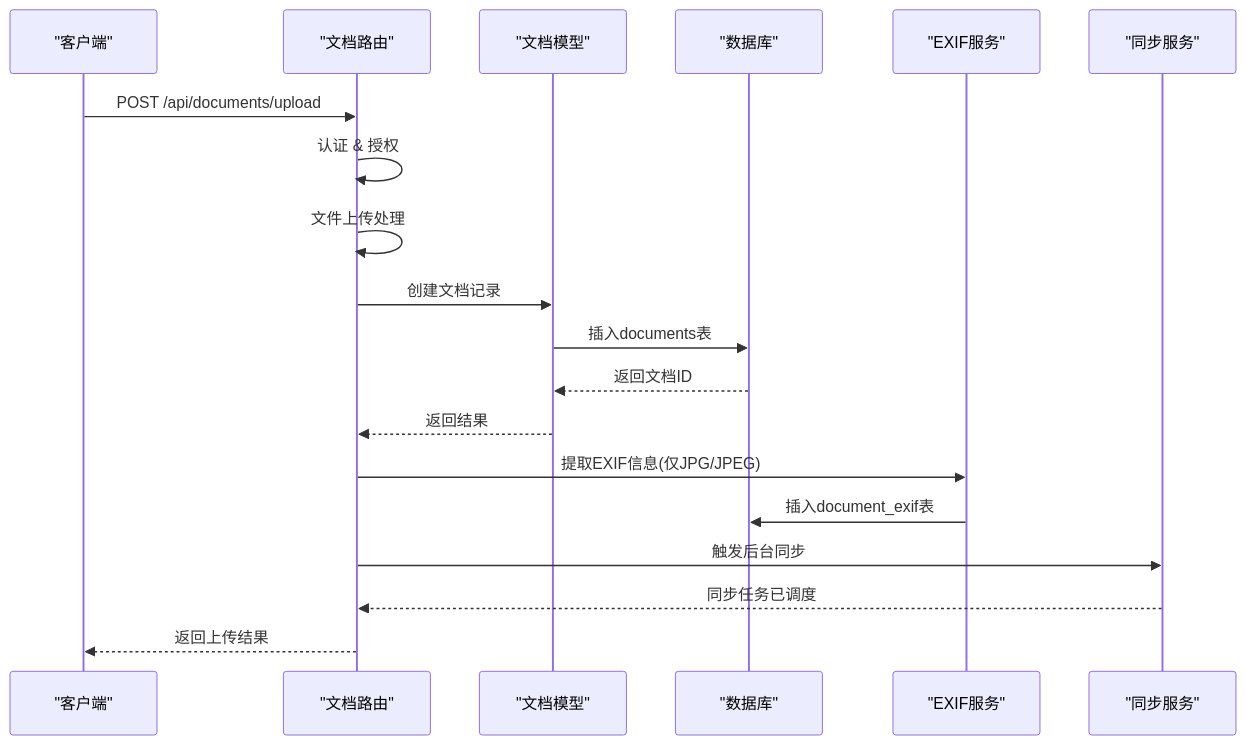
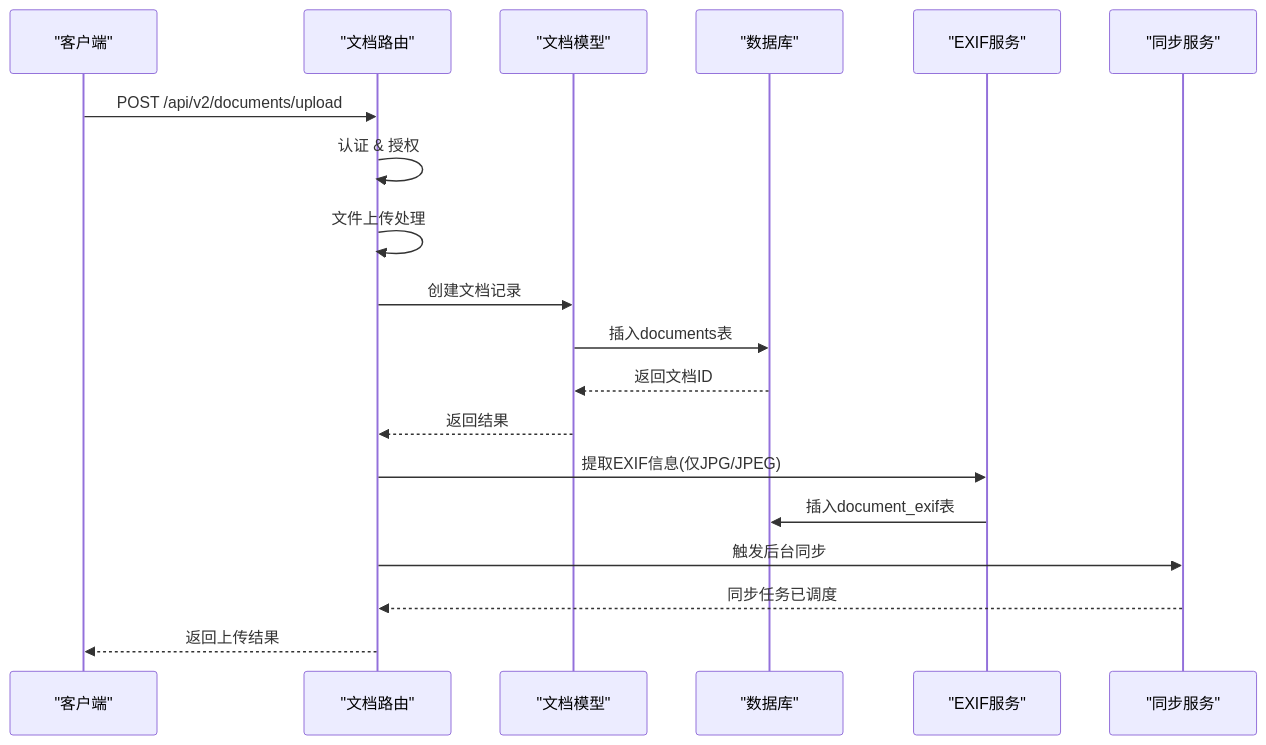
One commit to ideeinfo/TwinSight changed the third of 6 diagrams in .qoder/repowiki/zh/content/API参考/文档管理API.md. Above: the diagram before and after it, drawn with Mermaid. The commit also changed other lines of this file and 7 other files, not shown here.

````diff
--- a/.qoder/repowiki/zh/content/API参考/文档管理API.md
+++ b/.qoder/repowiki/zh/content/API参考/文档管理API.md
@@ -90,21 +100,21 @@
 ```mermaid
 sequenceDiagram
 participant Client as "客户端"
 participant Router as "文档路由"
 participant Model as "文档模型"
 participant DB as "数据库"
 participant EXIF as "EXIF服务"
 participant Sync as "同步服务"
-Client->>Router : POST /api/documents/upload
+Client->>Router : POST /api/v2/documents/upload
 Router->>Router : 认证 & 授权
 Router->>Router : 文件上传处理
 Router->>Model : 创建文档记录
 Model->>DB : 插入documents表
 DB-->>Model : 返回文档ID
 Model-->>Router : 返回结果
 Router->>EXIF : 提取EXIF信息(仅JPG/JPEG)
 EXIF->>DB : 插入document_exif表
 Router->>Sync : 触发后台同步
 Sync-->>Router : 同步任务已调度
 Router-->>Client : 返回上传结果
 ```
````
